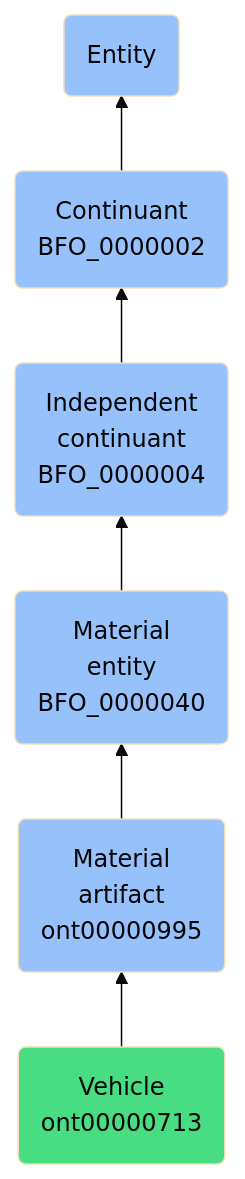
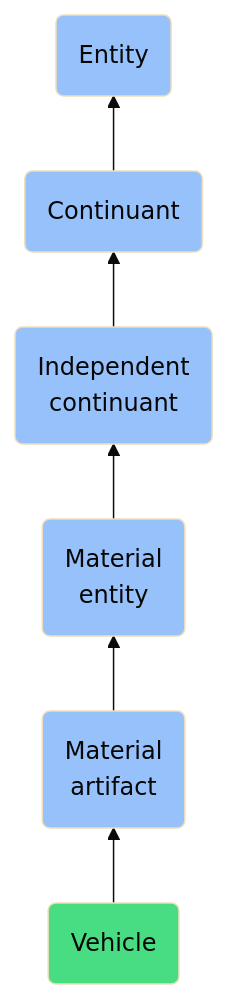
Before and after one commit to jupyter-naas/abi: the diagram in docs/ontology/reference/model/Entity/Continuant/Independent continuant/Material entity/Material artifact/Vehicle/Vehicle.md, drawn with Mermaid (base theme). The commit also changed other lines of this file and 1430 other files, not shown here.

````diff
--- a/docs/ontology/reference/model/Entity/Continuant/Independent continuant/Material entity/Material artifact/Vehicle/Vehicle.md
+++ b/docs/ontology/reference/model/Entity/Continuant/Independent continuant/Material entity/Material artifact/Vehicle/Vehicle.md
@@ -24,13 +24,13 @@
 ```mermaid
 graph BT
-    ont00000713(Vehicle<br>ont00000713):::ABI-->ont00000995
-    ont00000995(Material<br>artifact<br>ont00000995):::BFO-->BFO_0000040
-    BFO_0000040(Material<br>entity<br>BFO_0000040):::BFO-->BFO_0000004
-    BFO_0000004(Independent<br>continuant<br>BFO_0000004):::BFO-->BFO_0000002
-    BFO_0000002(Continuant<br>BFO_0000002):::BFO-->BFO_0000001
+    ont00000713(Vehicle):::ABI-->ont00000995
+    ont00000995(Material<br>artifact):::BFO-->BFO_0000040
+    BFO_0000040(Material<br>entity):::BFO-->BFO_0000004
+    BFO_0000004(Independent<br>continuant):::BFO-->BFO_0000002
+    BFO_0000002(Continuant):::BFO-->BFO_0000001
     BFO_0000001(Entity):::BFO
     
     classDef BFO fill:#97c1fb,color:#060606
     classDef CCO fill:#e4c51e,color:#060606
     classDef ABI fill:#48DD82,color:#060606
 ```
````
